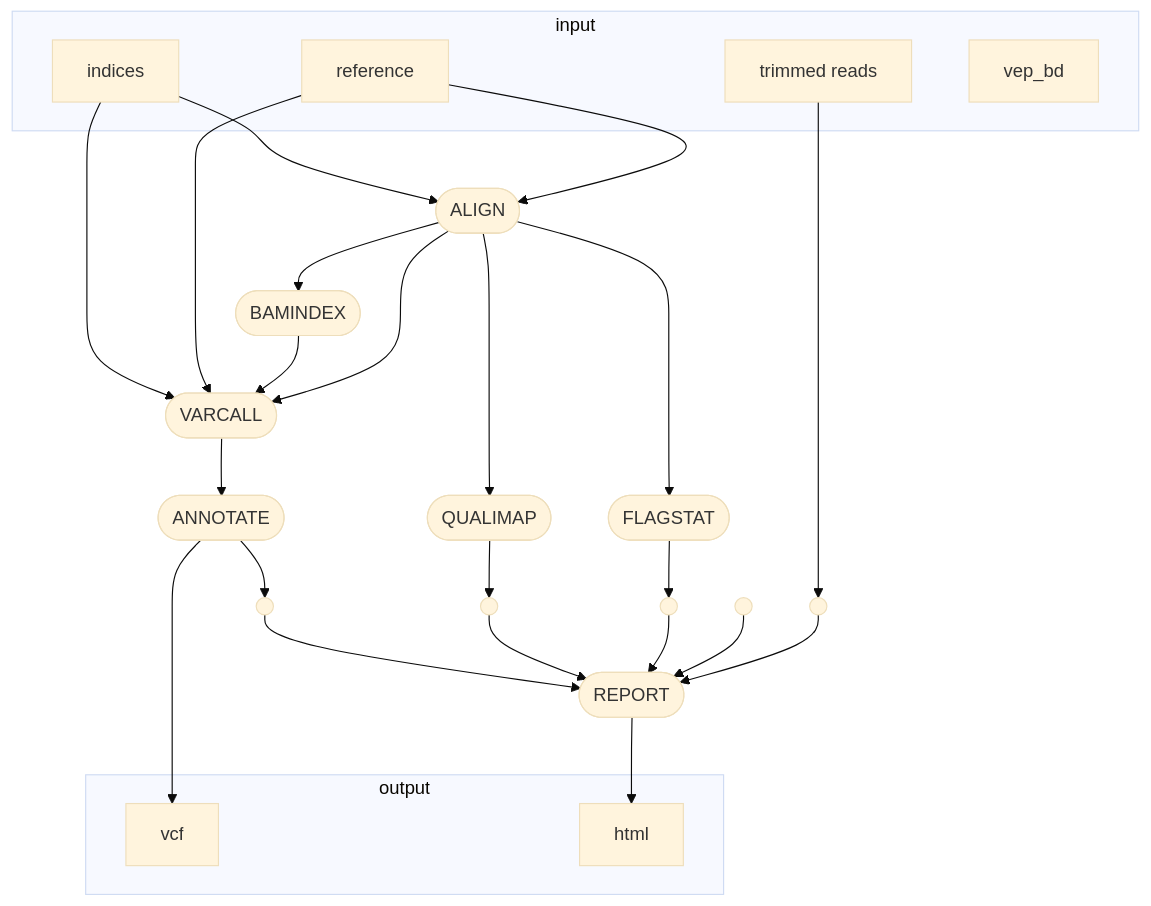
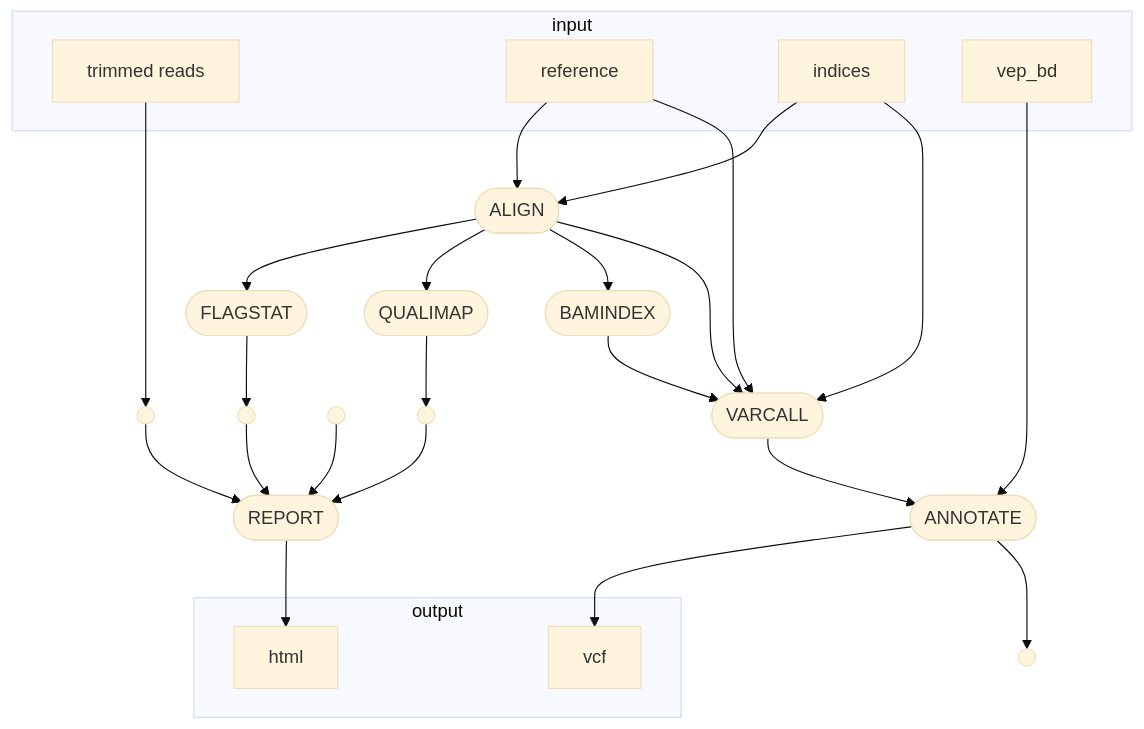
Before and after one commit to glebus-sasha/octopus_nf: the diagram in README.md, drawn with Mermaid.

````diff
--- a/README.md
+++ b/README.md
@@ -5,47 +5,47 @@
 ```mermaid
 %%{init: {'theme':'base'}}%%
 flowchart TB
     subgraph "input"
     v0["trimmed reads"]
     v1["reference"]
     v30["indices"]
     v31["vep_bd"]
     end
     subgraph "output"
     v18["vcf"]
     v25["html"]
     end
     v8([ALIGN])
     v9([FLAGSTAT])
     v10([QUALIMAP])
     v13([BAMINDEX])
     v14([VARCALL])
     v17([ANNOTATE])
     v24([REPORT])
     v19(( ))
     v20(( ))
     v21(( ))
     v22(( ))
     v23(( ))
     v0 --> v19
     v1 --> v8
     v30 --> v8
     v8 --> v9
     v8 --> v10
     v8 --> v13
     v8 --> v14
     v9 --> v21
     v10 --> v22
     v13 --> v14
     v1 --> v14
     v14 --> v17
     v17 --> v18
     v17 --> v23
     v19 --> v24
     v20 --> v24
     v30 --> v14
+    v31 --> v17
     v21 --> v24
     v22 --> v24
-    v23 --> v24
     v24 --> v25
 ```
````
